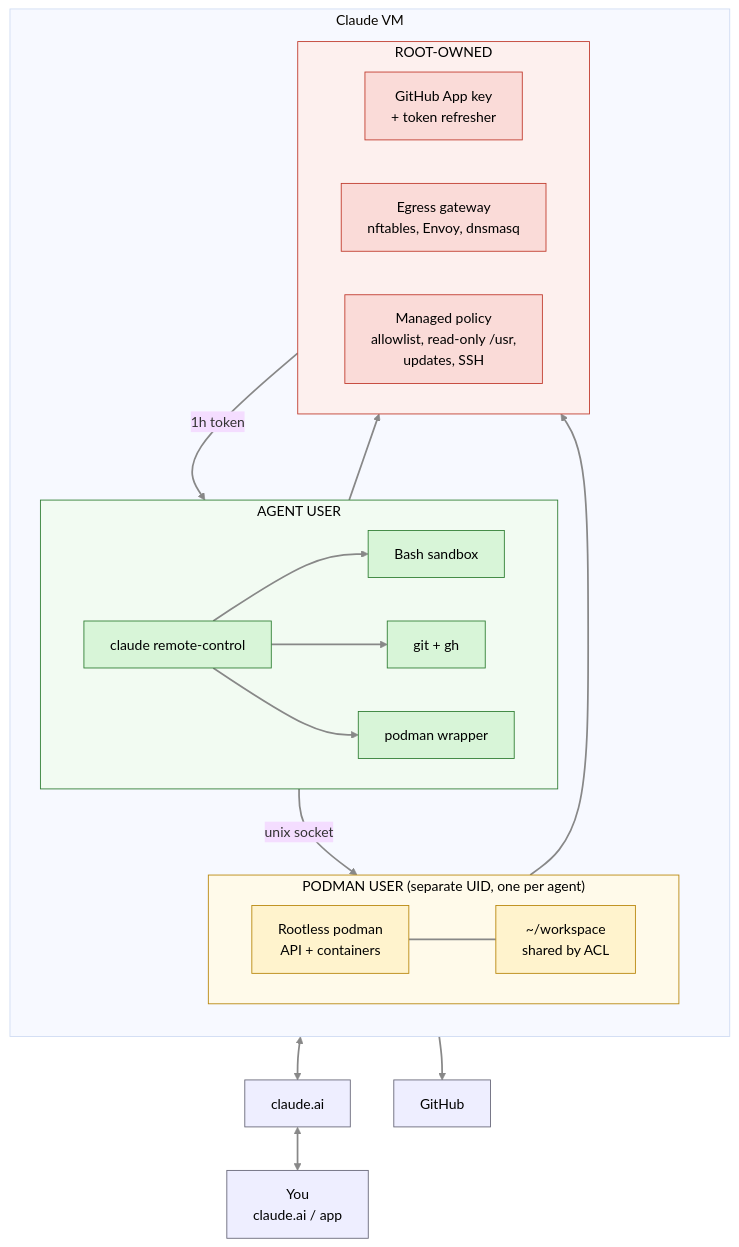
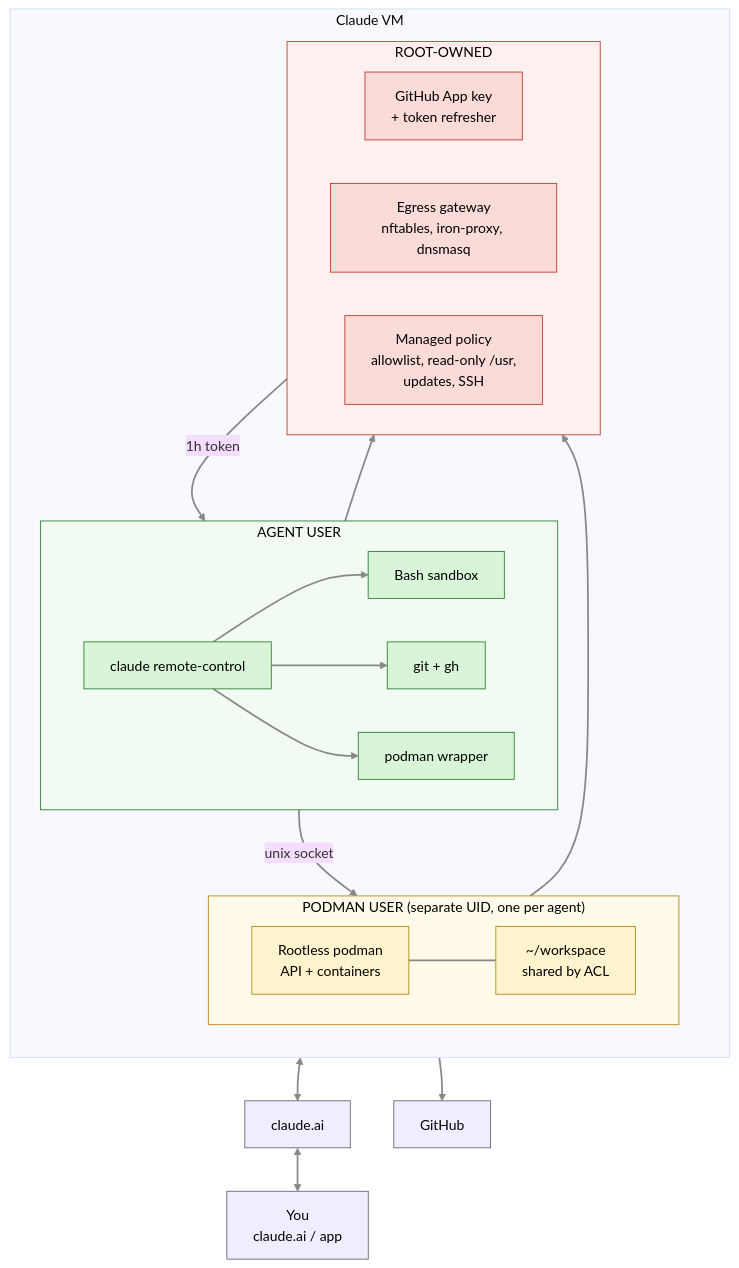
Before and after one commit to cthtrifork/homeserver-bootc: the first of 3 diagrams in docs/claude-vm/README.md, drawn with Mermaid (base theme). The commit also changed other lines of this file and 17 other files, not shown here.

First line of the commit message:
feat(claude-vm): use iron-proxy instead of Envoy for the egress gateway

````diff
--- a/docs/claude-vm/README.md
+++ b/docs/claude-vm/README.md
@@ -18,57 +18,57 @@
 ```mermaid
 flowchart TB
     YOU["You<br/>claude.ai / app"]
     ANTH["claude.ai"]
     GH["GitHub"]
 
     subgraph VM["Claude VM"]
         direction TB
 
         subgraph AGENT["AGENT USER"]
             direction LR
             RC["claude remote-control"]
             SB["Bash sandbox"]
             GIT["git + gh"]
             WRAP["podman wrapper"]
         end
 
         subgraph CONT["PODMAN USER (separate UID, one per agent)"]
             direction LR
             POD["Rootless podman<br/>API + containers"]
             WS["~/workspace<br/>shared by ACL"]
         end
 
         subgraph ROOT["ROOT-OWNED"]
             direction LR
             TOK["GitHub App key<br/>+ token refresher"]
-            GW["Egress gateway<br/>nftables, Envoy, dnsmasq"]
+            GW["Egress gateway<br/>nftables, iron-proxy, dnsmasq"]
             CFG["Managed policy<br/>allowlist, read-only /usr,<br/>updates, SSH"]
         end
     end
 
     RC --> SB
     RC --> GIT
     RC --> WRAP
     WRAP -->|"unix socket"| POD
     POD --- WS
     TOK -->|"1h token"| GIT
 
     AGENT ==> GW
     CONT ==> GW
     GW <--> ANTH
     GW --> GH
     ANTH <--> YOU
 
     linkStyle default stroke:#888,stroke-width:2px
     classDef agent fill:#d8f5d8,stroke:#2e7d32,color:#000
     classDef cont fill:#fff3cd,stroke:#b8860b,color:#000
     classDef locked fill:#fadbd8,stroke:#c0392b,color:#000
     classDef ext fill:#eef,stroke:#667,color:#000
     class RC,SB,GIT,WRAP agent
     class POD,WS cont
     class TOK,GW,CFG locked
     class YOU,ANTH,GH ext
     style AGENT fill:#f2fbf2,stroke:#2e7d32,color:#000
     style CONT fill:#fffaea,stroke:#b8860b,color:#000
     style ROOT fill:#fdf0ee,stroke:#c0392b,color:#000
 ```
````
